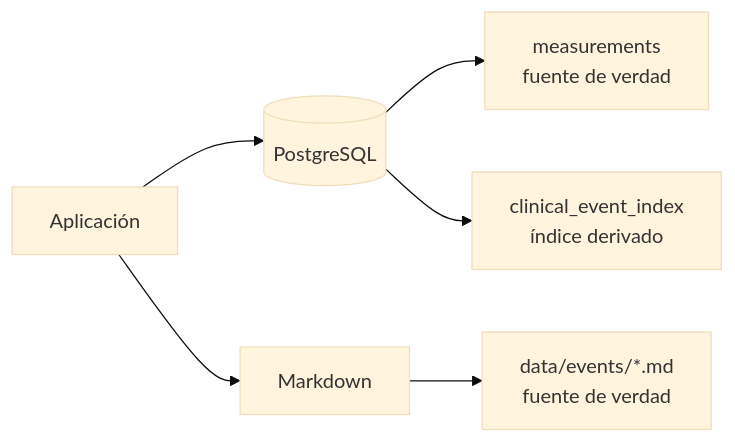
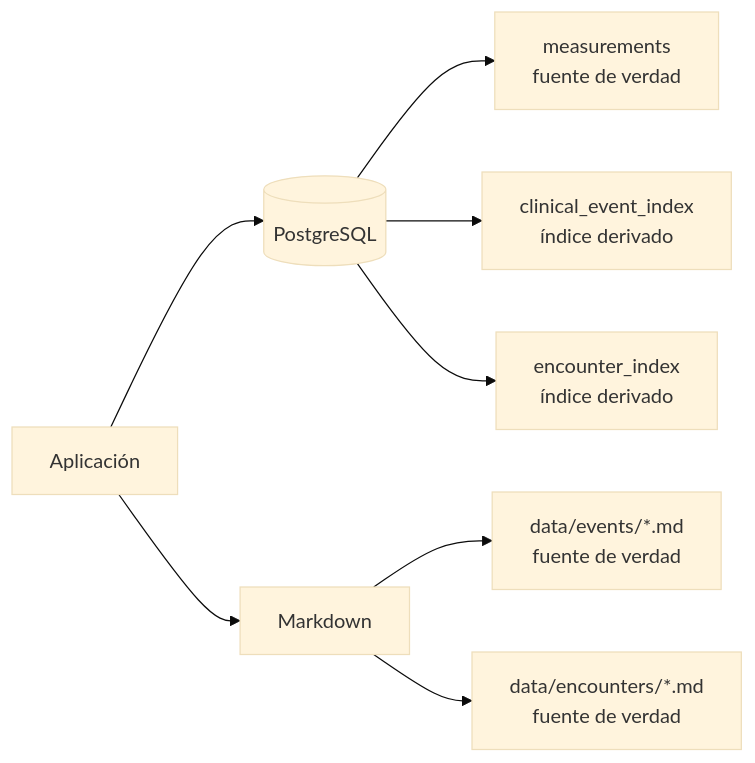
One commit to devmauriciopineda/careme changed the first of 4 diagrams in docs/concepts/04-datos-relacionales-y-fuentes-derivadas.md. Above: the diagram before and after it, drawn with Mermaid (base theme). The commit also changed other lines of this file and 104 other files, not shown here.

````diff
--- a/docs/concepts/04-datos-relacionales-y-fuentes-derivadas.md
+++ b/docs/concepts/04-datos-relacionales-y-fuentes-derivadas.md
@@ -48,8 +50,10 @@
 ```mermaid
 flowchart LR
     App["Aplicación"] --> Rel[("PostgreSQL")]
     App --> Files["Markdown"]
     Rel --> Measurements["measurements<br/>fuente de verdad"]
     Rel --> Index["clinical_event_index<br/>índice derivado"]
+    Rel --> EncIndex["encounter_index<br/>índice derivado"]
     Files --> Events["data/events/*.md<br/>fuente de verdad"]
+    Files --> Encounters["data/encounters/*.md<br/>fuente de verdad"]
 ```
````
